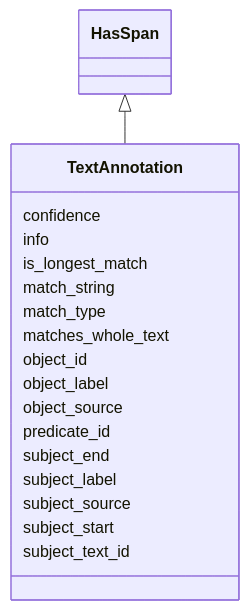
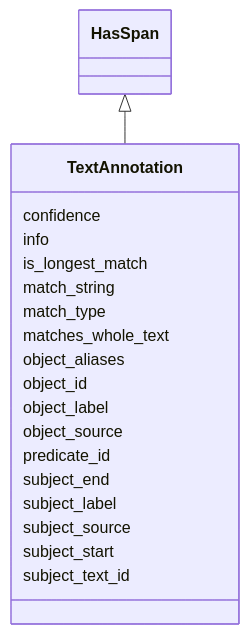
One commit to INCATools/ontology-access-kit changed the diagram in text-annotator/TextAnnotation.md. Above: the diagram before and after it, drawn with Mermaid. The commit also changed other lines of this file and 73 other files, not shown here.

````diff
--- a/text-annotator/TextAnnotation.md
+++ b/text-annotator/TextAnnotation.md
@@ -10,22 +10,23 @@
 ```{mermaid}
  classDiagram
     class TextAnnotation
       HasSpan <|-- TextAnnotation
       
       TextAnnotation : confidence
       TextAnnotation : info
       TextAnnotation : is_longest_match
       TextAnnotation : match_string
       TextAnnotation : match_type
       TextAnnotation : matches_whole_text
+      TextAnnotation : object_aliases
       TextAnnotation : object_id
       TextAnnotation : object_label
       TextAnnotation : object_source
       TextAnnotation : predicate_id
       TextAnnotation : subject_end
       TextAnnotation : subject_label
       TextAnnotation : subject_source
       TextAnnotation : subject_start
       TextAnnotation : subject_text_id
       
 ```
````
